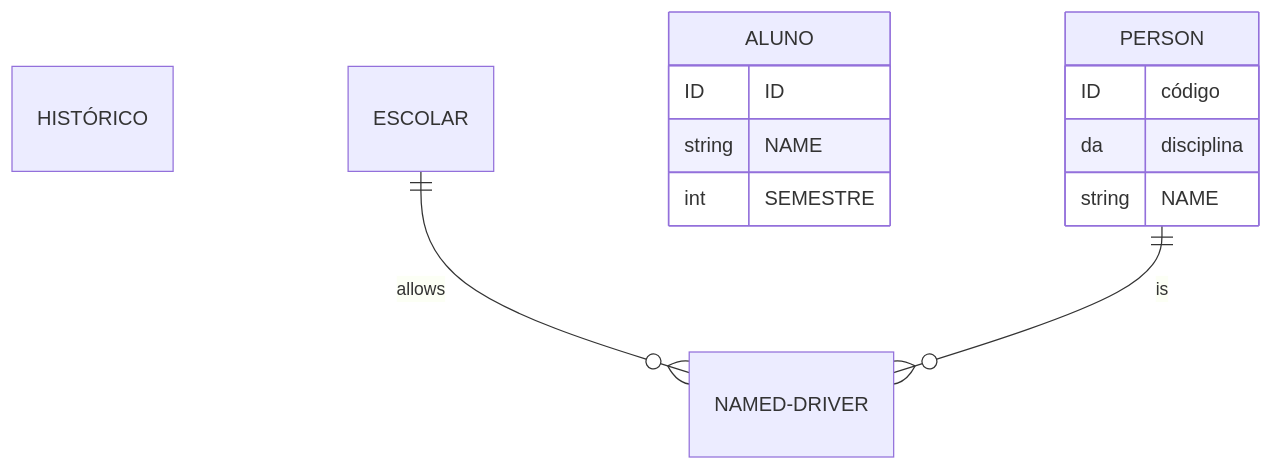
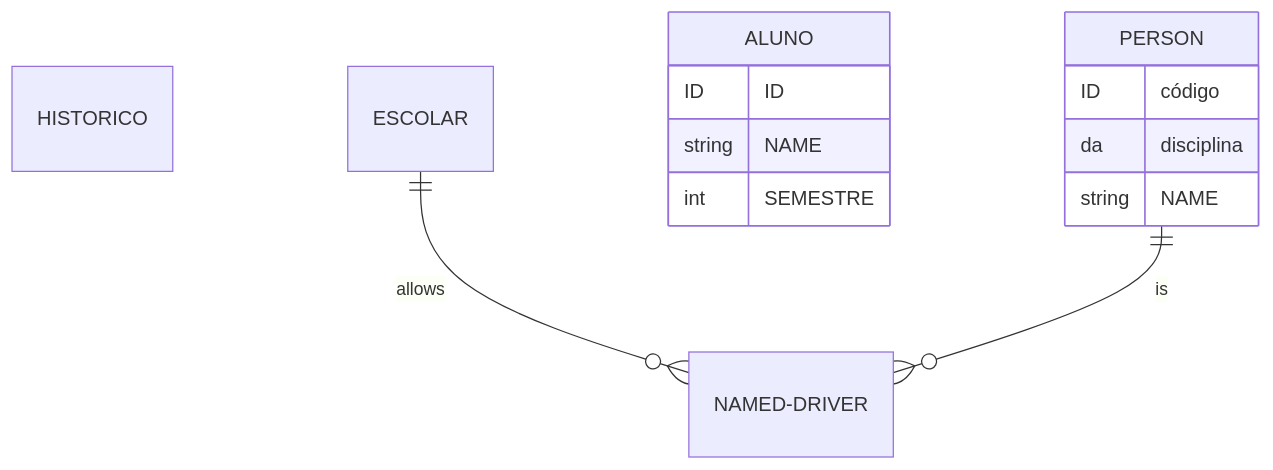
Before and after one commit to NeonBrasil/BancoDeDados: the diagram in README.md, drawn with Mermaid.

````diff
--- a/README.md
+++ b/README.md
@@ -6,14 +6,14 @@
 ``` mermaid
 erDiagram
-    HISTÓRICO ESCOLAR ||--o{ NAMED-DRIVER : allows
+    HISTORICO ESCOLAR ||--o{ NAMED-DRIVER : allows
     ALUNO {
         ID ID
         string NAME
         int SEMESTRE
     }
     PERSON ||--o{ NAMED-DRIVER : is
     PERSON {
         ID código da disciplina
         string NAME
     }
 ```
````
